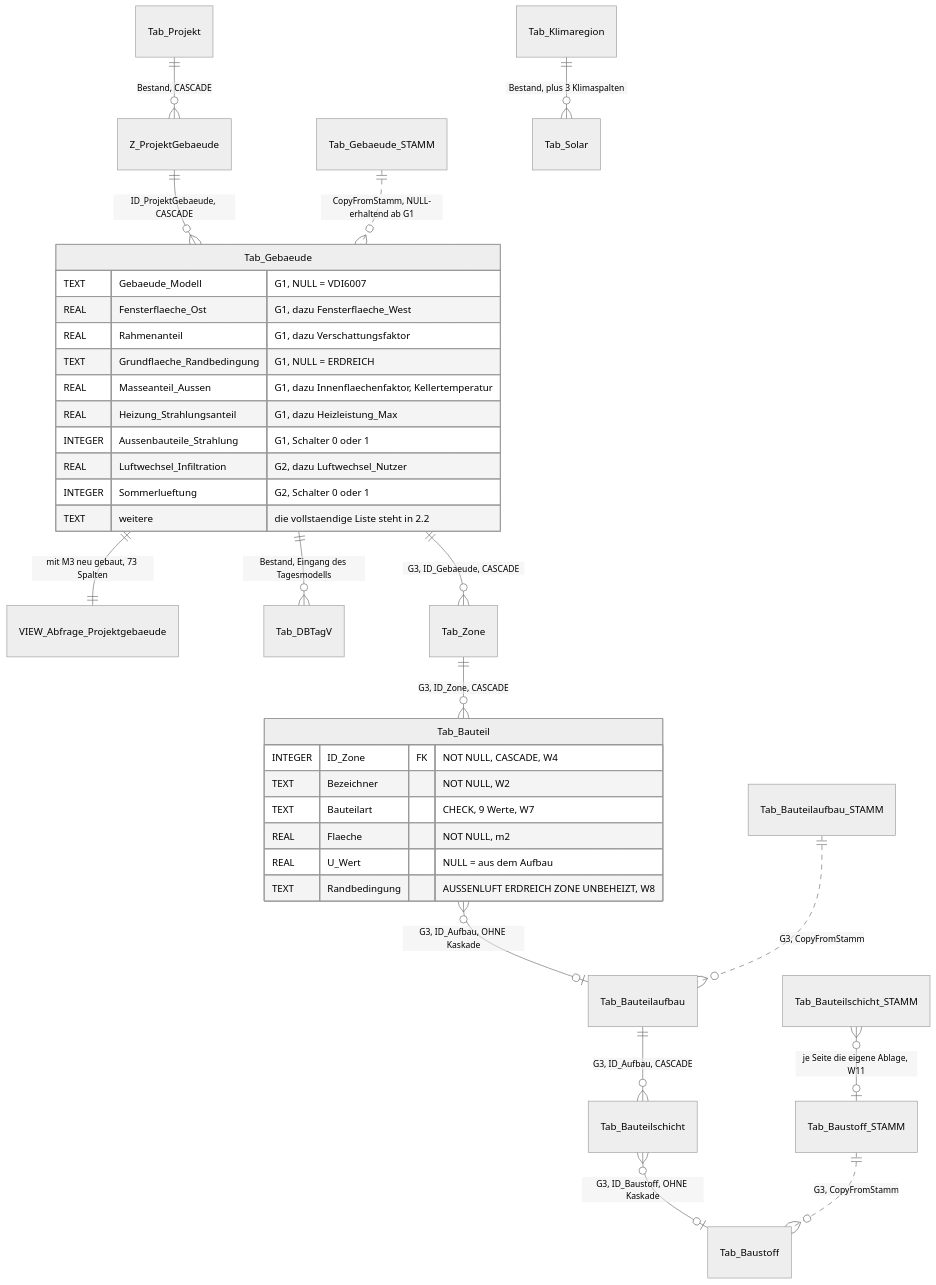
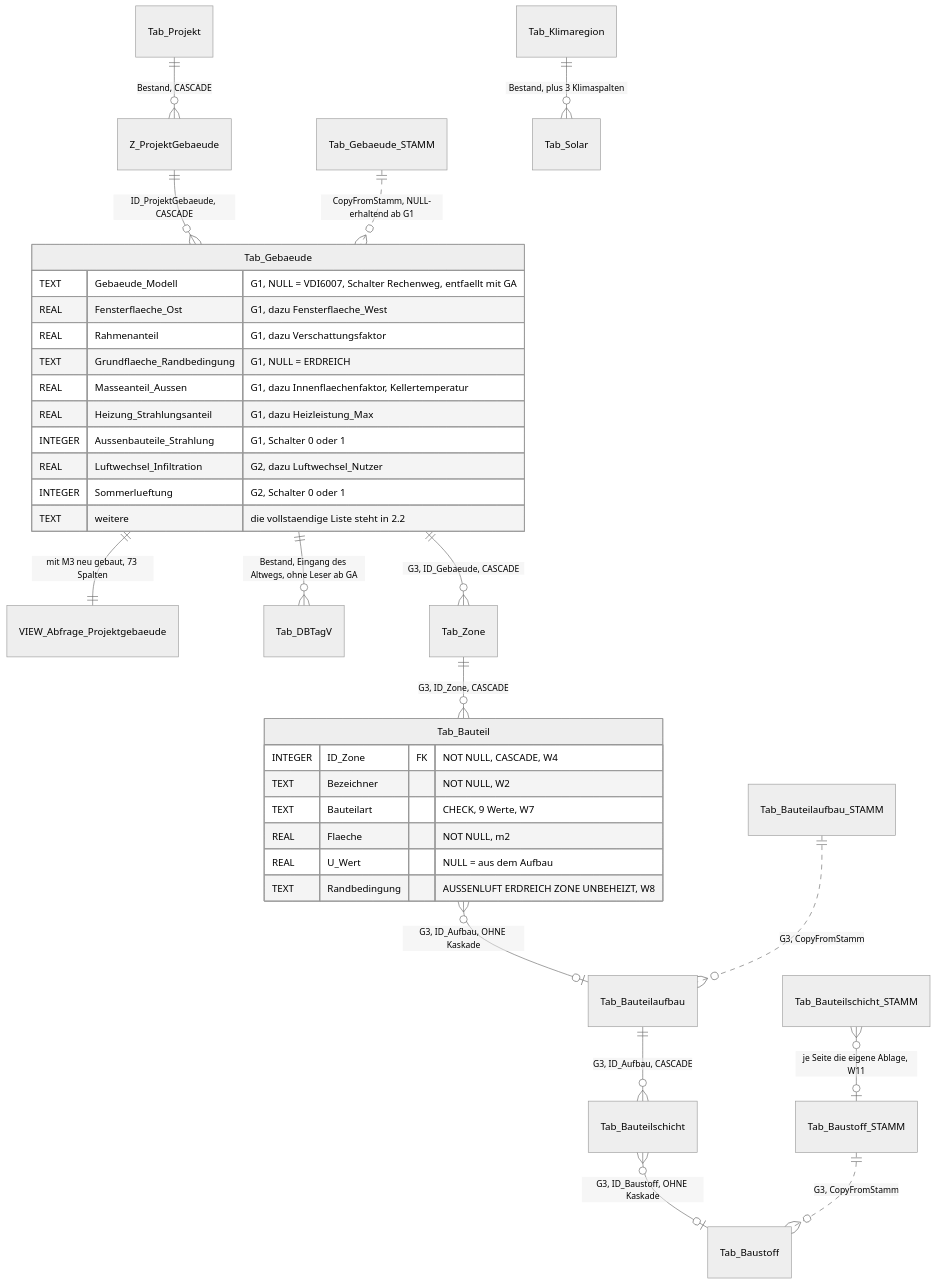
Before and after one commit to inekon/EPOS-Plan: the fifth of 16 diagrams in Dokumentation/aktuell/Softwarearchitektur_Gebaeudesimulation_EPOS-Plan.md, drawn with Mermaid (neutral theme). The commit also changed other lines of this file and 13 other files, not shown here.

````diff
--- a/Dokumentation/aktuell/Softwarearchitektur_Gebaeudesimulation_EPOS-Plan.md
+++ b/Dokumentation/aktuell/Softwarearchitektur_Gebaeudesimulation_EPOS-Plan.md
@@ -604,37 +639,37 @@
 ```mermaid
 erDiagram
     Tab_Projekt ||--o{ Z_ProjektGebaeude : "Bestand, CASCADE"
     Z_ProjektGebaeude ||--o{ Tab_Gebaeude : "ID_ProjektGebaeude, CASCADE"
     Tab_Gebaeude_STAMM ||..o{ Tab_Gebaeude : "CopyFromStamm, NULL-erhaltend ab G1"
     Tab_Gebaeude ||--|| VIEW_Abfrage_Projektgebaeude : "mit M3 neu gebaut, 73 Spalten"
-    Tab_Gebaeude ||--o{ Tab_DBTagV : "Bestand, Eingang des Tagesmodells"
+    Tab_Gebaeude ||--o{ Tab_DBTagV : "Bestand, Eingang des Altwegs, ohne Leser ab GA"
     Tab_Klimaregion ||--o{ Tab_Solar : "Bestand, plus 3 Klimaspalten"
     Tab_Gebaeude ||--o{ Tab_Zone : "G3, ID_Gebaeude, CASCADE"
     Tab_Zone ||--o{ Tab_Bauteil : "G3, ID_Zone, CASCADE"
     Tab_Bauteil }o--o| Tab_Bauteilaufbau : "G3, ID_Aufbau, OHNE Kaskade"
     Tab_Bauteilaufbau ||--o{ Tab_Bauteilschicht : "G3, ID_Aufbau, CASCADE"
     Tab_Bauteilschicht }o--o| Tab_Baustoff : "G3, ID_Baustoff, OHNE Kaskade"
     Tab_Baustoff_STAMM ||..o{ Tab_Baustoff : "G3, CopyFromStamm"
     Tab_Bauteilaufbau_STAMM ||..o{ Tab_Bauteilaufbau : "G3, CopyFromStamm"
     Tab_Bauteilschicht_STAMM }o--o| Tab_Baustoff_STAMM : "je Seite die eigene Ablage, W11"
     Tab_Gebaeude {
-        TEXT Gebaeude_Modell "G1, NULL = VDI6007"
+        TEXT Gebaeude_Modell "G1, NULL = VDI6007, Schalter Rechenweg, entfaellt mit GA"
         REAL Fensterflaeche_Ost "G1, dazu Fensterflaeche_West"
         REAL Rahmenanteil "G1, dazu Verschattungsfaktor"
         TEXT Grundflaeche_Randbedingung "G1, NULL = ERDREICH"
         REAL Masseanteil_Aussen "G1, dazu Innenflaechenfaktor, Kellertemperatur"
         REAL Heizung_Strahlungsanteil "G1, dazu Heizleistung_Max"
         INTEGER Aussenbauteile_Strahlung "G1, Schalter 0 oder 1"
         REAL Luftwechsel_Infiltration "G2, dazu Luftwechsel_Nutzer"
         INTEGER Sommerlueftung "G2, Schalter 0 oder 1"
         TEXT weitere "die vollstaendige Liste steht in 2.2"
     }
     Tab_Bauteil {
         INTEGER ID_Zone FK "NOT NULL, CASCADE, W4"
         TEXT Bezeichner "NOT NULL, W2"
         TEXT Bauteilart "CHECK, 9 Werte, W7"
         REAL Flaeche "NOT NULL, m2"
         REAL U_Wert "NULL = aus dem Aufbau"
         TEXT Randbedingung "AUSSENLUFT ERDREICH ZONE UNBEHEIZT, W8"
     }
 ```
````
